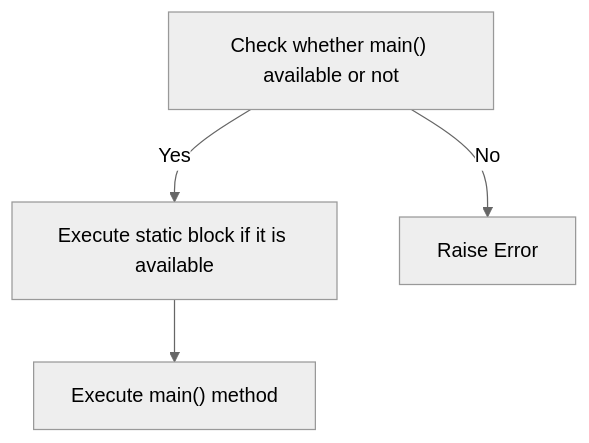
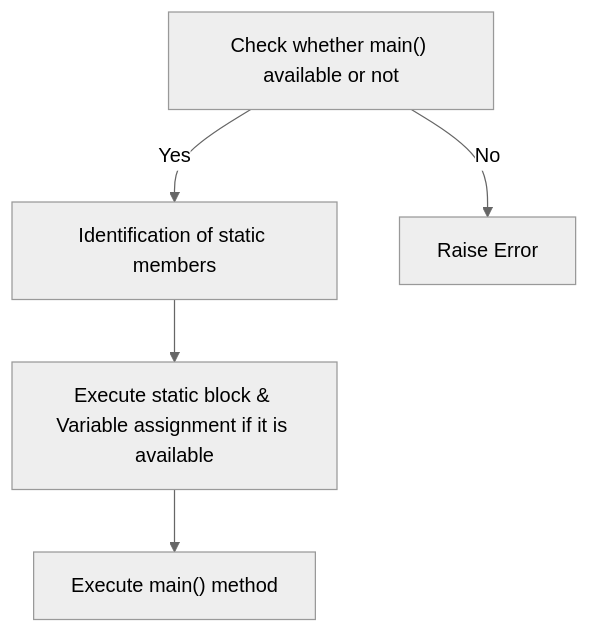
One commit to bdmohammed/computer-science-notes changed the second of 2 diagrams in src/content/docs/computer-languages/java/01-language-fundamentals/09-main-method/main-method.mdx. Above: the diagram before and after it, drawn with Mermaid (neutral theme). The commit also changed other lines of this file and 261 other files, not shown here.

````diff
--- a/src/content/docs/computer-languages/java/01-language-fundamentals/09-main-method/main-method.mdx
+++ b/src/content/docs/computer-languages/java/01-language-fundamentals/09-main-method/main-method.mdx
@@ -345,11 +461,12 @@
 ```mermaid
 flowchart TD
     A["Check whether main() available or not"]
-    B[Execute static block if it is available]
-    C["Execute main() method"]
-    D[Raise Error]
+    B[Identification of static members]
+    C[Execute static block & Variable assignment if it is available]
+    D["Execute main() method"]
+    E[Raise Error]
 
     A -- Yes --> B
-    A -- No --> D
-    B --> C
+    A -- No --> E
+    B --> C --> D
 ```
````
